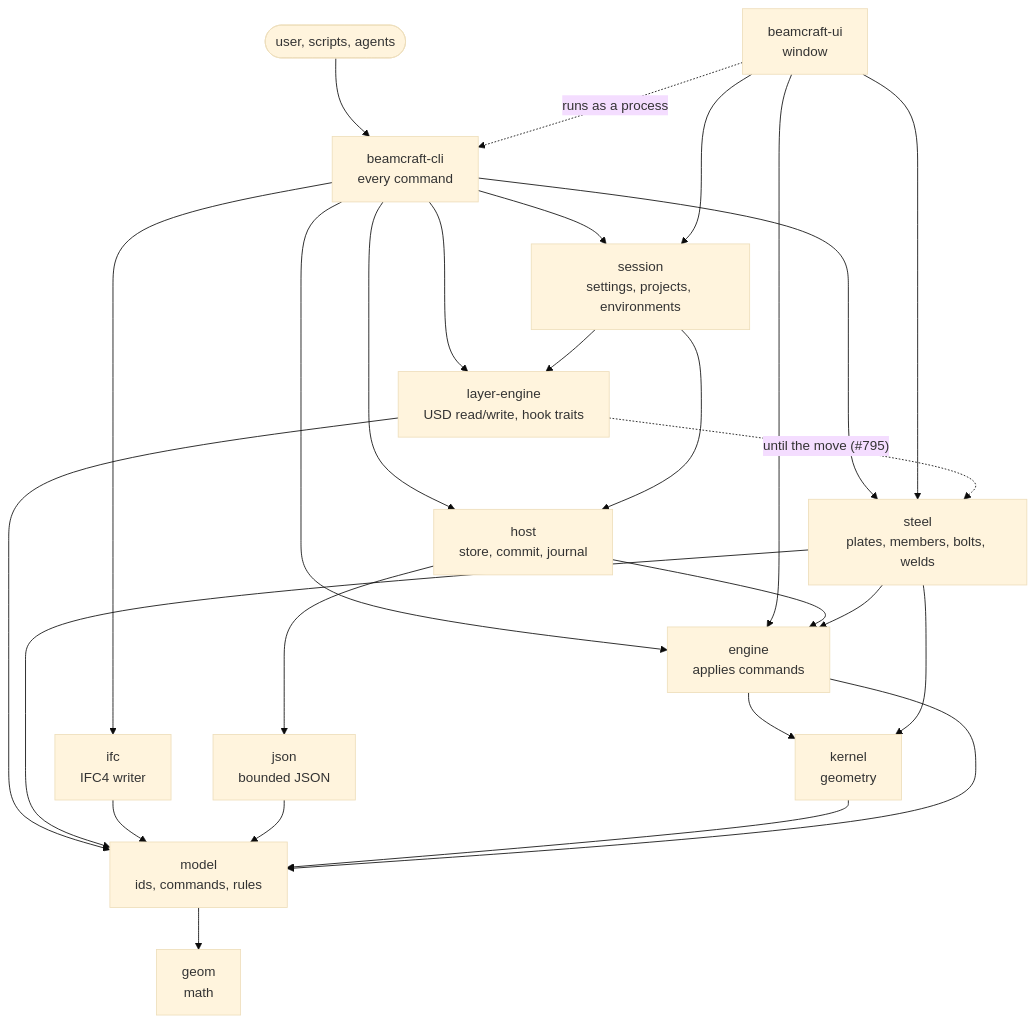
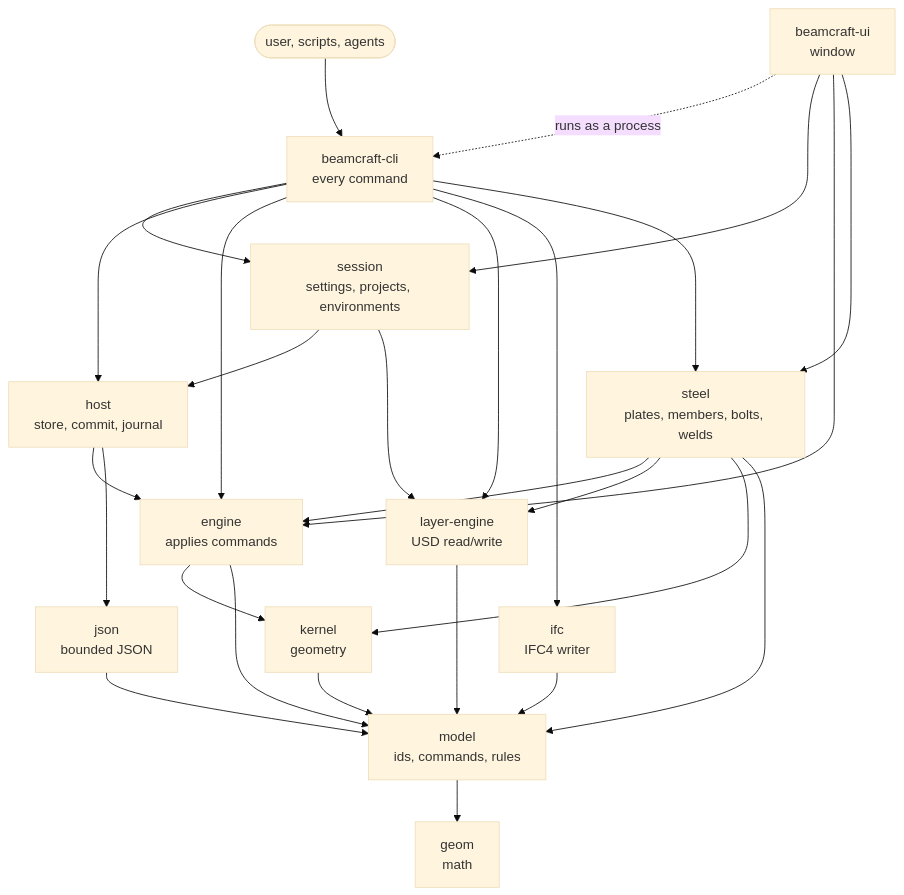
One commit to Apibim-com/BeamCraft changed the first of 3 diagrams in docs/architecture.md. Above: the diagram before and after it, drawn with Mermaid (base theme). The commit also changed other lines of this file and 61 other files, not shown here.

````diff
--- a/docs/architecture.md
+++ b/docs/architecture.md
@@ -55,33 +55,33 @@
 ```mermaid
 flowchart TD
     user(["user, scripts, agents"]) --> cli
     ui["beamcraft-ui<br/>window"] -. "runs as a process" .-> cli
     cli["beamcraft-cli<br/>every command"]
 
     cli --> session
     cli --> host
     cli --> engine
     cli --> le
     cli --> ifc
     cli --> steel
     ui --> session
     ui --> engine
     ui --> steel
 
     session["session<br/>settings, projects, environments"] --> host
     session --> le
 
     host["host<br/>store, commit, journal"] --> engine
     host --> json
     engine["engine<br/>applies commands"] --> kernel
-    le["layer-engine<br/>USD read/write, hook traits"] --> model
-    le -. "until the move (#795)" .-> steel
+    le["layer-engine<br/>USD read/write"] --> model
     steel["steel<br/>plates, members, bolts, welds"] --> engine
+    steel --> le
     steel --> kernel
     steel --> model
     ifc["ifc<br/>IFC4 writer"] --> model
     json["json<br/>bounded JSON"] --> model
     kernel["kernel<br/>geometry"] --> model
     engine --> model
     model["model<br/>ids, commands, rules"] --> geom["geom<br/>math"]
 ```
````
